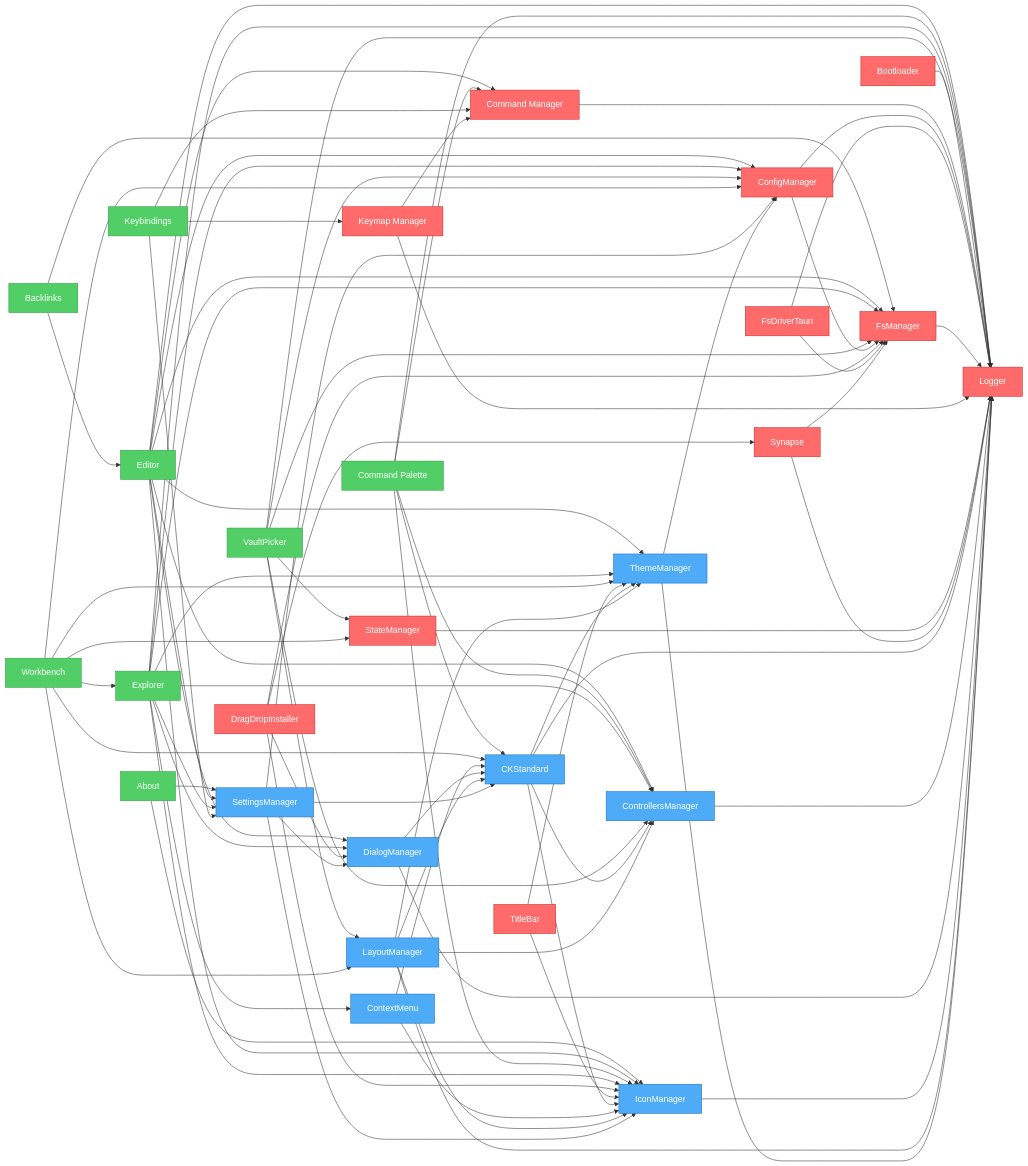
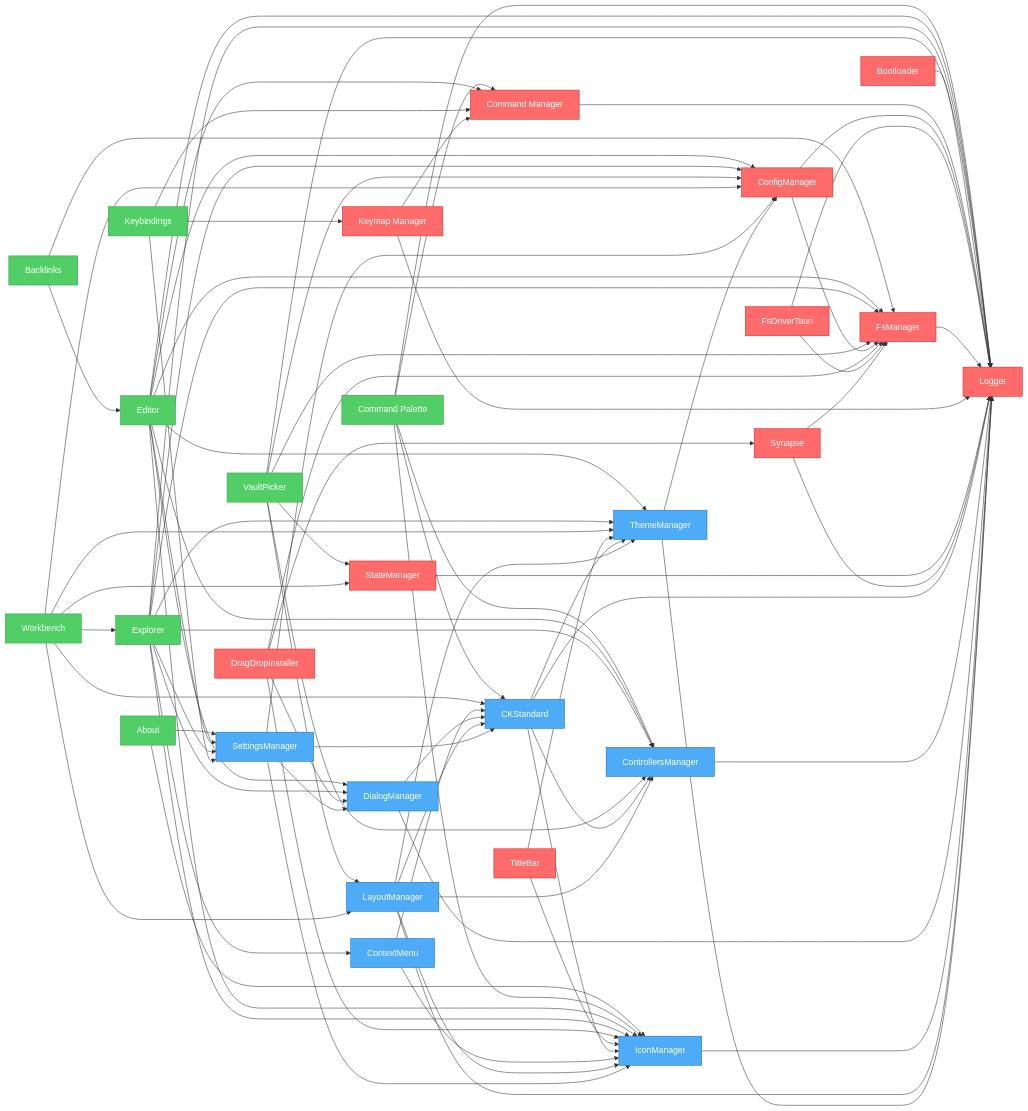
One commit to khton-tech/notehub.md changed the diagram in artifacts/graph.mmd. Above: the diagram before and after it, drawn with Mermaid. The commit also changed 6 other files, not shown here.

Commit message:
feat: Implement the new 'ext.docbar' plugin and introduce a visual plugin dependency graph.

```diff
--- a/artifacts/graph.mmd
+++ b/artifacts/graph.mmd
@@ -1,118 +1,118 @@
 flowchart LR
     nh_features_about["About"]
     nh_features_backlinks["Backlinks"]
+    nh_features_command-palette["Command Palette"]
     nh_features_editor["Editor"]
-    nh_features_command-palette["Command Palette"]
     nh_features_explorer["Explorer"]
     nh_features_keybindings["Keybindings"]
     nh_features_vault-picker["VaultPicker"]
     nh_features_workbench["Workbench"]
     nh_system_bootloader["Bootloader"]
     nh_system_command-manager["Command Manager"]
     nh_system_config-manager["ConfigManager"]
     nh_system_drag-drop["DragDropInstaller"]
     nh_system_fs-driver-tauri["FsDriverTauri"]
     nh_system_fs-manager["FsManager"]
     nh_system_keymap["Keymap Manager"]
     nh_system_logger["Logger"]
     nh_system_state-manager["StateManager"]
     nh_system_synapse["Synapse"]
     nh_system_titlebar["TitleBar"]
     nh_ui_ck-standard["CKStandard"]
     nh_ui_context-menu["ContextMenu"]
     nh_ui_controllers-manager["ControllersManager"]
     nh_ui_dialog-manager["DialogManager"]
     nh_ui_icon-manager["IconManager"]
     nh_ui_layout-manager["LayoutManager"]
     nh_ui_settings-manager["SettingsManager"]
     nh_ui_theme-manager["ThemeManager"]
     nh_features_about --> nh_ui_settings-manager
     nh_features_about --> nh_ui_icon-manager
     nh_features_backlinks --> nh_features_editor
     nh_features_backlinks --> nh_system_fs-manager
+    nh_features_command-palette --> nh_system_command-manager
+    nh_features_command-palette --> nh_system_logger
+    nh_features_command-palette --> nh_ui_controllers-manager
+    nh_features_command-palette --> nh_ui_ck-standard
+    nh_features_command-palette --> nh_ui_icon-manager
     nh_features_editor --> nh_system_config-manager
     nh_features_editor --> nh_system_command-manager
     nh_features_editor --> nh_ui_settings-manager
     nh_features_editor --> nh_system_fs-manager
     nh_features_editor --> nh_system_logger
     nh_features_editor --> nh_ui_controllers-manager
     nh_features_editor --> nh_ui_dialog-manager
     nh_features_editor --> nh_ui_icon-manager
     nh_features_editor --> nh_ui_theme-manager
-    nh_features_command-palette --> nh_system_command-manager
-    nh_features_command-palette --> nh_system_logger
-    nh_features_command-palette --> nh_ui_controllers-manager
-    nh_features_command-palette --> nh_ui_ck-standard
-    nh_features_command-palette --> nh_ui_icon-manager
     nh_features_explorer --> nh_system_config-manager
     nh_features_explorer --> nh_ui_settings-manager
     nh_features_explorer --> nh_system_fs-manager
     nh_features_explorer --> nh_system_logger
     nh_features_explorer --> nh_ui_controllers-manager
     nh_features_explorer --> nh_ui_icon-manager
     nh_features_explorer --> nh_ui_theme-manager
     nh_features_explorer --> nh_ui_context-menu
     nh_features_explorer --> nh_ui_dialog-manager
     nh_features_keybindings --> nh_ui_settings-manager
     nh_features_keybindings --> nh_system_command-manager
     nh_features_keybindings --> nh_system_keymap
     nh_features_vault-picker --> nh_system_fs-manager
     nh_features_vault-picker --> nh_system_config-manager
     nh_features_vault-picker --> nh_system_state-manager
     nh_features_vault-picker --> nh_system_logger
     nh_features_vault-picker --> nh_ui_controllers-manager
     nh_features_vault-picker --> nh_ui_layout-manager
     nh_features_workbench --> nh_system_config-manager
     nh_features_workbench --> nh_ui_layout-manager
     nh_features_workbench --> nh_ui_theme-manager
     nh_features_workbench --> nh_ui_ck-standard
     nh_features_workbench --> nh_system_state-manager
     nh_features_workbench --> nh_features_explorer
     nh_system_bootloader --> nh_system_logger
     nh_system_command-manager --> nh_system_logger
     nh_system_config-manager --> nh_system_logger
     nh_system_config-manager --> nh_system_fs-manager
     nh_system_drag-drop --> nh_ui_icon-manager
     nh_system_drag-drop --> nh_ui_dialog-manager
     nh_system_drag-drop --> nh_system_fs-manager
     nh_system_drag-drop --> nh_system_synapse
     nh_system_fs-driver-tauri --> nh_system_logger
     nh_system_fs-driver-tauri --> nh_system_fs-manager
     nh_system_fs-manager --> nh_system_logger
     nh_system_keymap --> nh_system_command-manager
     nh_system_keymap --> nh_system_logger
     nh_system_state-manager --> nh_system_logger
     nh_system_synapse --> nh_system_fs-manager
     nh_system_synapse --> nh_system_logger
     nh_system_titlebar --> nh_ui_icon-manager
     nh_system_titlebar --> nh_ui_theme-manager
     nh_ui_ck-standard --> nh_system_logger
     nh_ui_ck-standard --> nh_ui_controllers-manager
     nh_ui_ck-standard --> nh_ui_icon-manager
     nh_ui_ck-standard --> nh_ui_theme-manager
     nh_ui_context-menu --> nh_ui_icon-manager
     nh_ui_context-menu --> nh_ui_ck-standard
     nh_ui_controllers-manager --> nh_system_logger
     nh_ui_dialog-manager --> nh_system_logger
     nh_ui_dialog-manager --> nh_ui_ck-standard
     nh_ui_icon-manager --> nh_system_logger
     nh_ui_layout-manager --> nh_system_logger
     nh_ui_layout-manager --> nh_ui_theme-manager
     nh_ui_layout-manager --> nh_ui_icon-manager
     nh_ui_layout-manager --> nh_ui_controllers-manager
     nh_ui_layout-manager --> nh_ui_ck-standard
     nh_ui_settings-manager --> nh_system_config-manager
     nh_ui_settings-manager --> nh_ui_ck-standard
     nh_ui_settings-manager --> nh_ui_icon-manager
     nh_ui_settings-manager --> nh_ui_dialog-manager
     nh_ui_theme-manager --> nh_system_logger
     nh_ui_theme-manager --> nh_system_config-manager
 
     %% Styles
     classDef system fill:#ff6b6b,stroke:#c92a2a,color:#fff
     classDef ui fill:#4dabf7,stroke:#1971c2,color:#fff
     classDef feature fill:#51cf66,stroke:#2f9e44,color:#fff
     class nh_features_about,nh_features_backlinks,nh_features_keybindings,nh_features_vault-picker feature
-    class nh_features_editor,nh_features_command-palette,nh_features_explorer,nh_features_workbench feature
+    class nh_features_command-palette,nh_features_editor,nh_features_explorer,nh_features_workbench feature
     class nh_system_bootloader,nh_system_command-manager,nh_system_config-manager,nh_system_drag-drop,nh_system_fs-driver-tauri,nh_system_fs-manager,nh_system_keymap,nh_system_logger,nh_system_state-manager,nh_system_synapse,nh_system_titlebar system
     class nh_ui_ck-standard,nh_ui_context-menu,nh_ui_controllers-manager,nh_ui_dialog-manager,nh_ui_icon-manager,nh_ui_layout-manager,nh_ui_settings-manager,nh_ui_theme-manager ui
```
